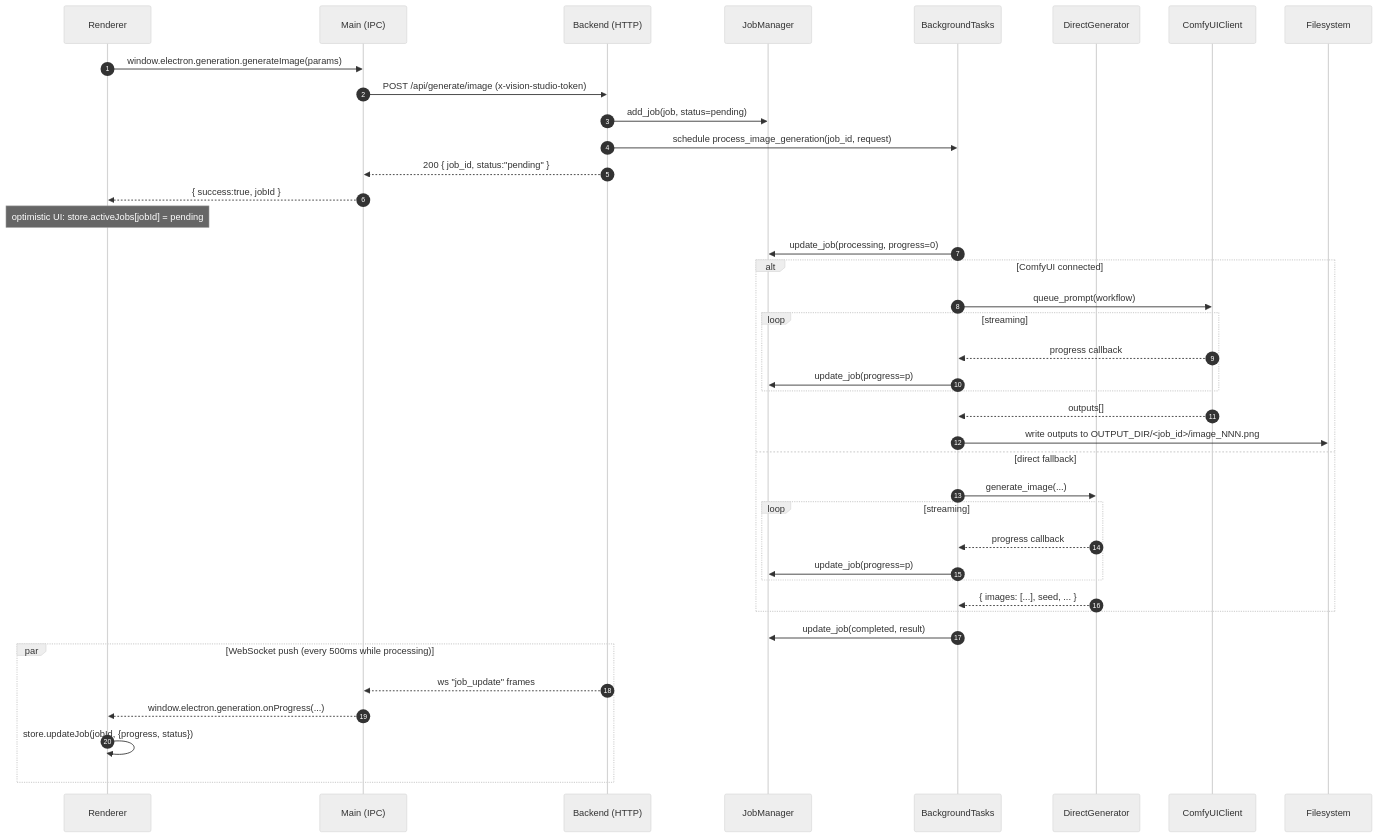
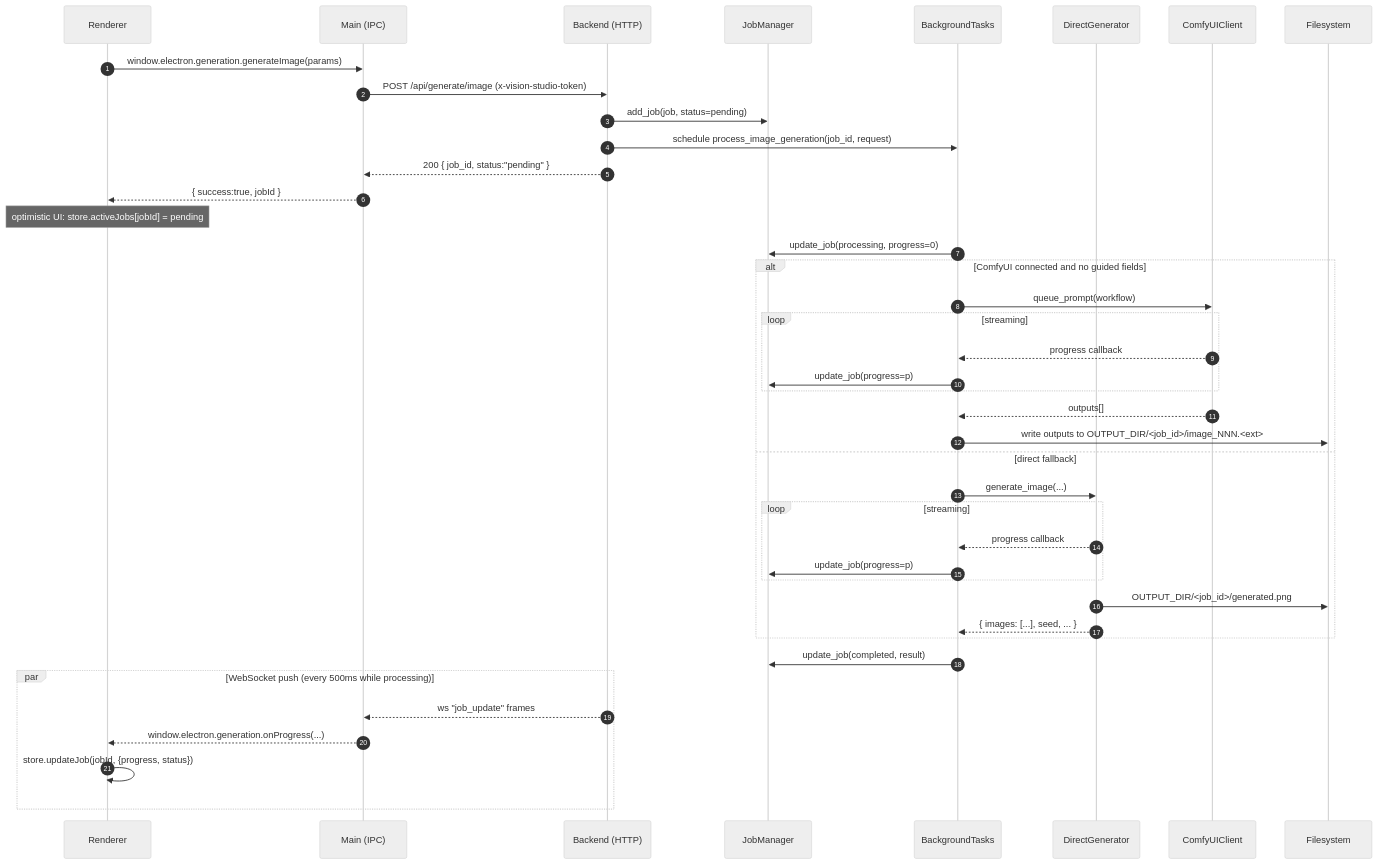
Before and after one commit to Git-Rocky-Stack/vision-studio: the fourth of 9 diagrams in docs/ARCHITECTURE.md, drawn with Mermaid (neutral theme). The commit also changed other lines of this file and 9 other files, not shown here.

````diff
--- a/docs/ARCHITECTURE.md
+++ b/docs/ARCHITECTURE.md
@@ -379,45 +409,46 @@
 ```mermaid
 sequenceDiagram
     autonumber
     participant U as Renderer
     participant E as Main (IPC)
     participant B as Backend (HTTP)
     participant J as JobManager
     participant T as BackgroundTasks
     participant DG as DirectGenerator
     participant CC as ComfyUIClient
     participant FS as Filesystem
 
     U->>E: window.electron.generation.generateImage(params)
     E->>B: POST /api/generate/image  (x-vision-studio-token)
     B->>J: add_job(job, status=pending)
     B->>T: schedule process_image_generation(job_id, request)
     B-->>E: 200 { job_id, status:"pending" }
     E-->>U: { success:true, jobId }
     Note over U: optimistic UI: store.activeJobs[jobId] = pending
 
     T->>J: update_job(processing, progress=0)
-    alt ComfyUI connected
+    alt ComfyUI connected and no guided fields
         T->>CC: queue_prompt(workflow)
         loop streaming
             CC-->>T: progress callback
             T->>J: update_job(progress=p)
         end
         CC-->>T: outputs[]
-        T->>FS: write outputs to OUTPUT_DIR/<job_id>/image_NNN.png
+        T->>FS: write outputs to OUTPUT_DIR/<job_id>/image_NNN.<ext>
     else direct fallback
         T->>DG: generate_image(...)
         loop streaming
             DG-->>T: progress callback
             T->>J: update_job(progress=p)
         end
+        DG->>FS: OUTPUT_DIR/<job_id>/generated.png
         DG-->>T: { images: [...], seed, ... }
     end
     T->>J: update_job(completed, result)
 
     par WebSocket push (every 500ms while processing)
         B-->>E: ws "job_update" frames
         E-->>U: window.electron.generation.onProgress(...)
         U->>U: store.updateJob(jobId, {progress, status})
     end
 ```
````
